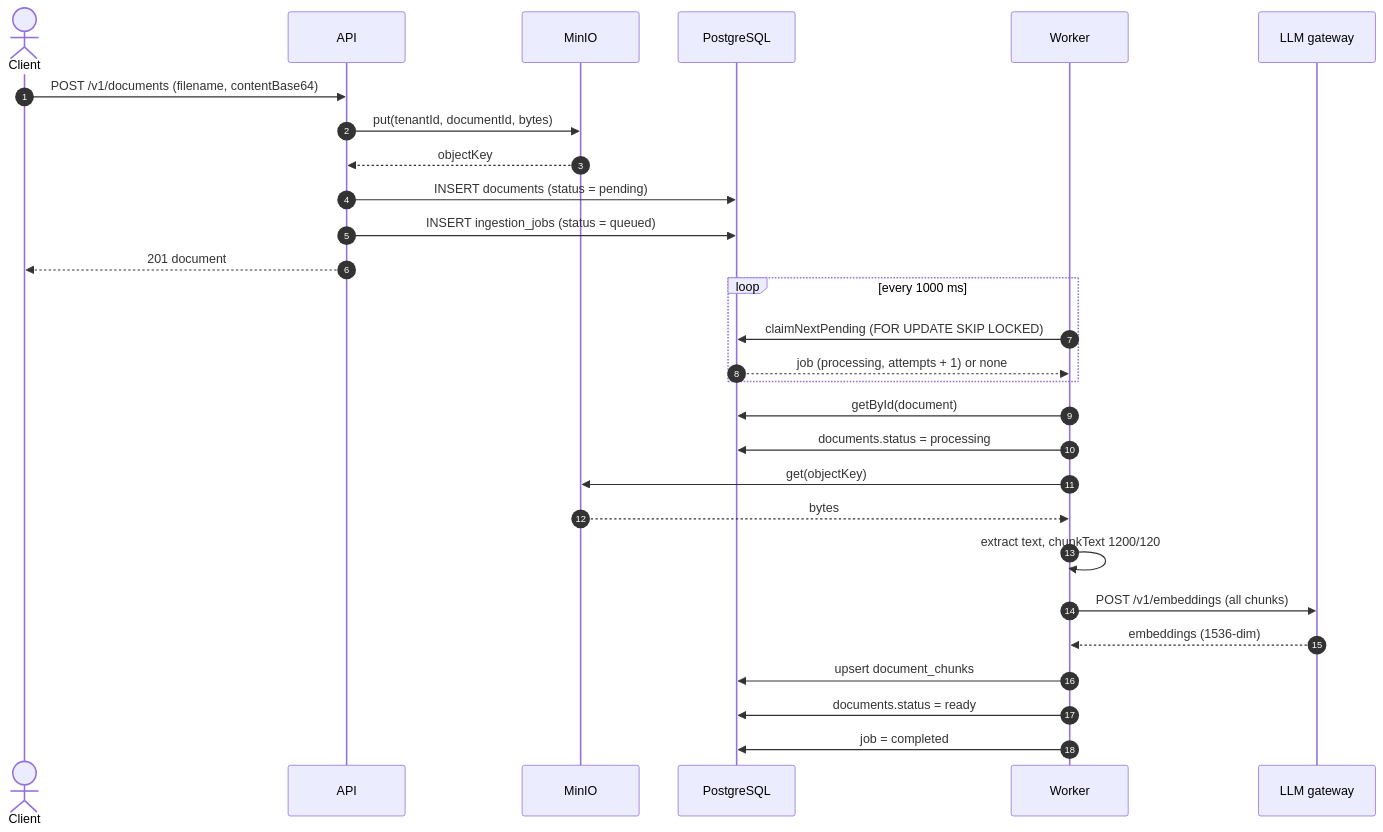
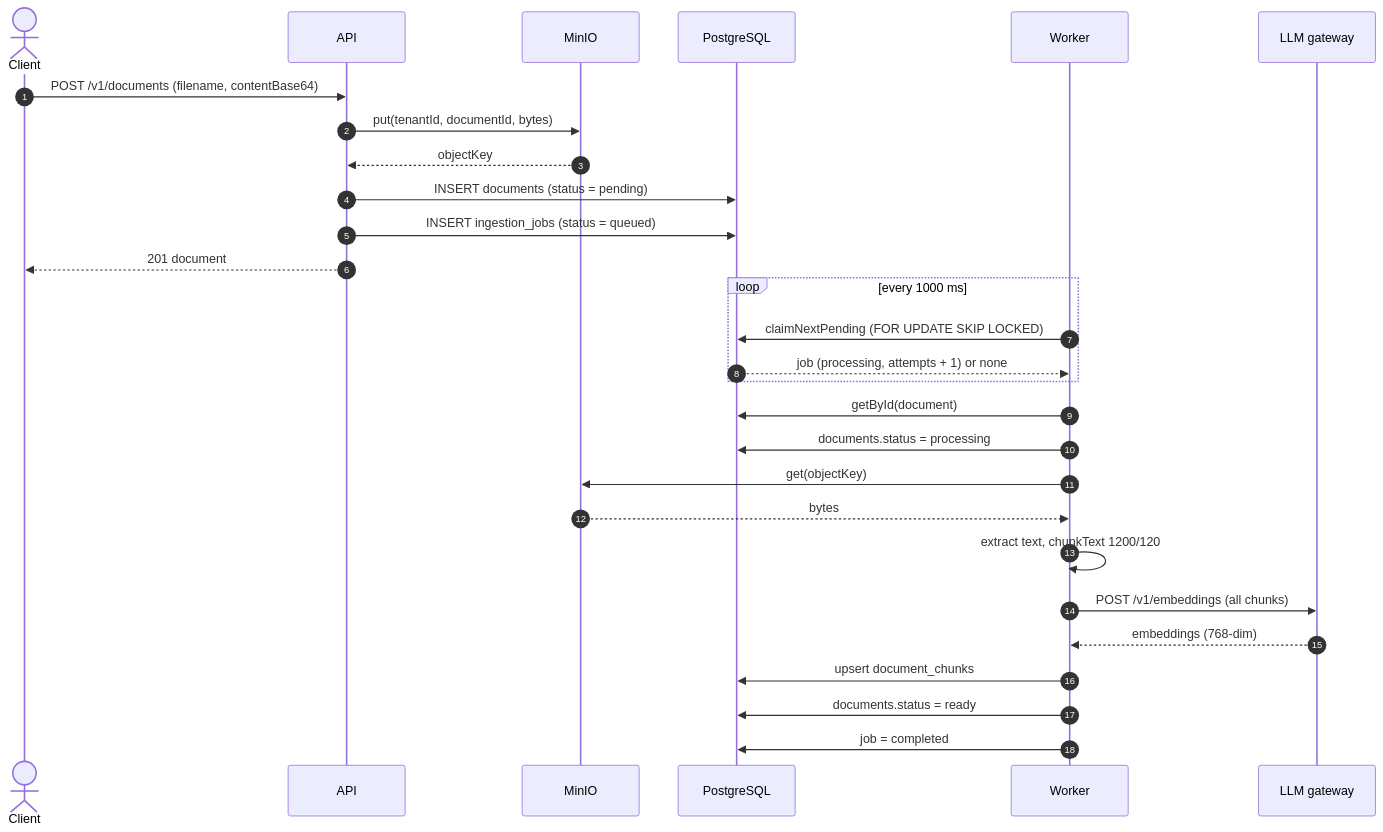
One commit to stephtran97/agents-platform changed the second of 4 diagrams in docs/architecture.md. Above: the diagram before and after it, drawn with Mermaid. The commit also changed 33 other files, not shown here.

````diff
--- a/docs/architecture.md
+++ b/docs/architecture.md
@@ -42,33 +42,33 @@
 ```mermaid
 sequenceDiagram
     autonumber
     actor C as Client
     participant API as API
     participant OS as MinIO
     participant DB as PostgreSQL
     participant W as Worker
     participant L as LLM gateway
 
     C->>API: POST /v1/documents (filename, contentBase64)
     API->>OS: put(tenantId, documentId, bytes)
     OS-->>API: objectKey
     API->>DB: INSERT documents (status = pending)
     API->>DB: INSERT ingestion_jobs (status = queued)
     API-->>C: 201 document
 
     loop every 1000 ms
         W->>DB: claimNextPending (FOR UPDATE SKIP LOCKED)
         DB-->>W: job (processing, attempts + 1) or none
     end
 
     W->>DB: getById(document)
     W->>DB: documents.status = processing
     W->>OS: get(objectKey)
     OS-->>W: bytes
     W->>W: extract text, chunkText 1200/120
     W->>L: POST /v1/embeddings (all chunks)
-    L-->>W: embeddings (1536-dim)
+    L-->>W: embeddings (768-dim)
     W->>DB: upsert document_chunks
     W->>DB: documents.status = ready
     W->>DB: job = completed
 ```
````
